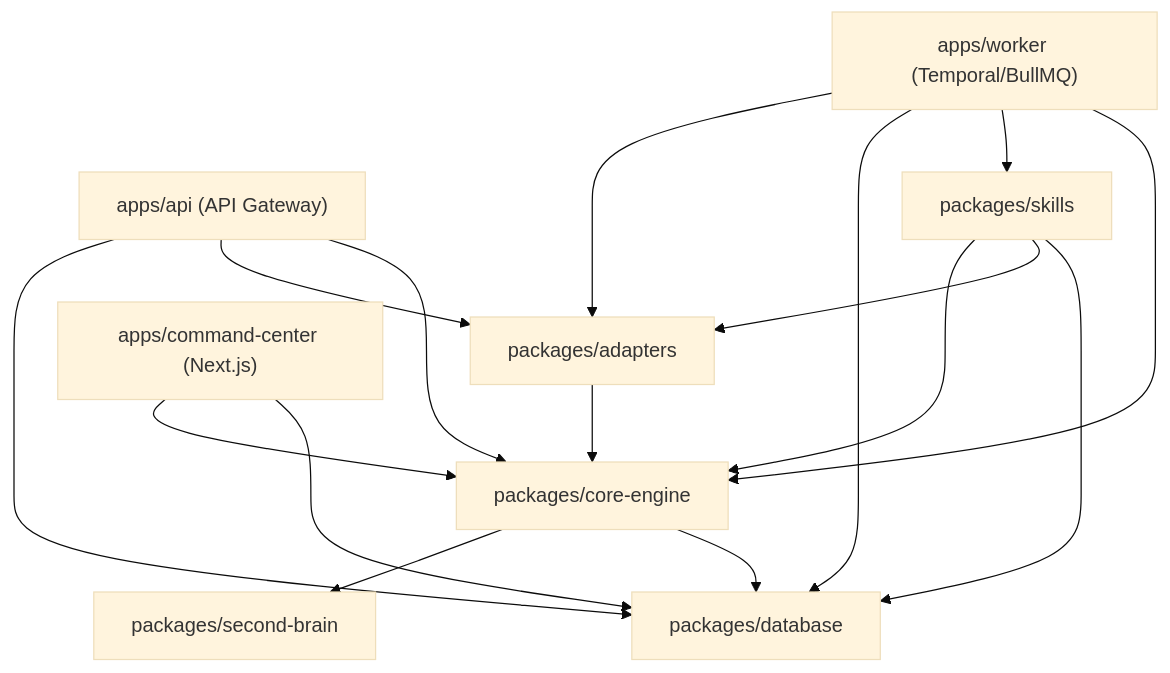
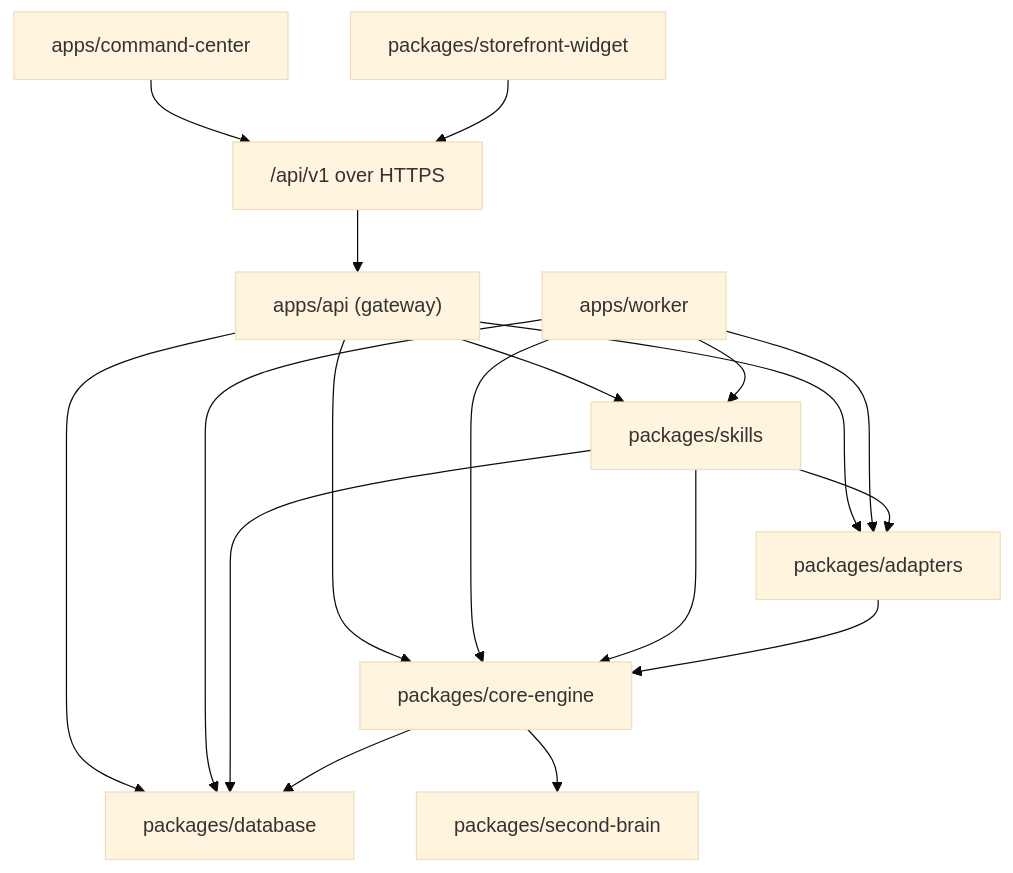
The diagram in implement/02-project-structure.md (phongka79d/agent_solution), drawn with Mermaid (base theme) before and after one commit. The commit also changed other lines of this file and 9 other files, not shown here.

````diff
--- a/implement/02-project-structure.md
+++ b/implement/02-project-structure.md
@@ -168,22 +179,24 @@
 ```mermaid
 graph TD
-  apps_api["apps/api (API Gateway)"] --> pkg_core["packages/core-engine"]
+  apps_api["apps/api (gateway)"] --> pkg_core["packages/core-engine"]
+  apps_api --> pkg_skills["packages/skills"]
   apps_api --> pkg_adapters["packages/adapters"]
   apps_api --> pkg_database["packages/database"]
 
-  apps_worker["apps/worker (Temporal/BullMQ)"] --> pkg_core
-  apps_worker --> pkg_skills["packages/skills"]
+  apps_worker["apps/worker"] --> pkg_core
+  apps_worker --> pkg_skills
+  apps_worker --> pkg_adapters
   apps_worker --> pkg_database
-  apps_worker --> pkg_adapters
 
-  apps_command_center["apps/command-center (Next.js)"] --> pkg_database
-  apps_command_center --> pkg_core
-
+  pkg_skills --> pkg_core
+  pkg_skills --> pkg_adapters
   pkg_skills --> pkg_database
-  pkg_skills --> pkg_adapters
-  pkg_skills --> pkg_core
 
   pkg_core --> pkg_database
   pkg_core --> pkg_second_brain["packages/second-brain"]
   pkg_adapters --> pkg_core
+
+  apps_cc["apps/command-center"] --> http_api["/api/v1 over HTTPS"]
+  widget["packages/storefront-widget"] --> http_api
+  http_api --> apps_api
 ```
````
